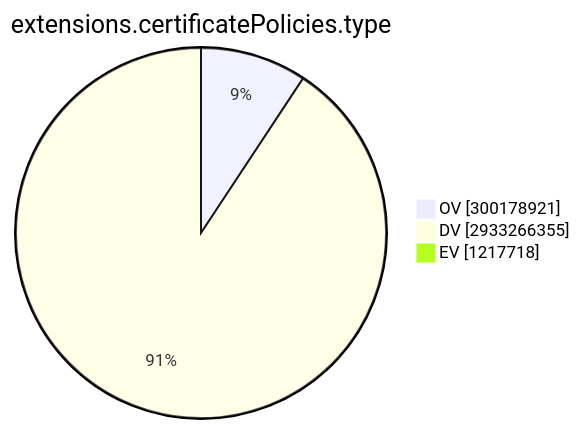
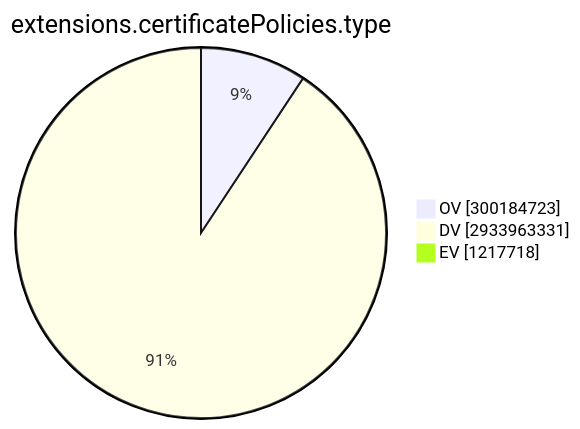
The ninth of 15 diagrams in TOTAL/README.md (christiankrug/ctmonitor_visualization), drawn with Mermaid before and after one commit. The commit also changed other lines of this file, not shown here.

````diff
--- a/TOTAL/README.md
+++ b/TOTAL/README.md
@@ -3101,7 +3101,7 @@
 ```mermaid
 pie showData
 title extensions.certificatePolicies.type
-"OV" :300178921
-"DV" :2933266355
+"OV" :300184723
+"DV" :2933963331
 "EV" :1217718
 ```
````
